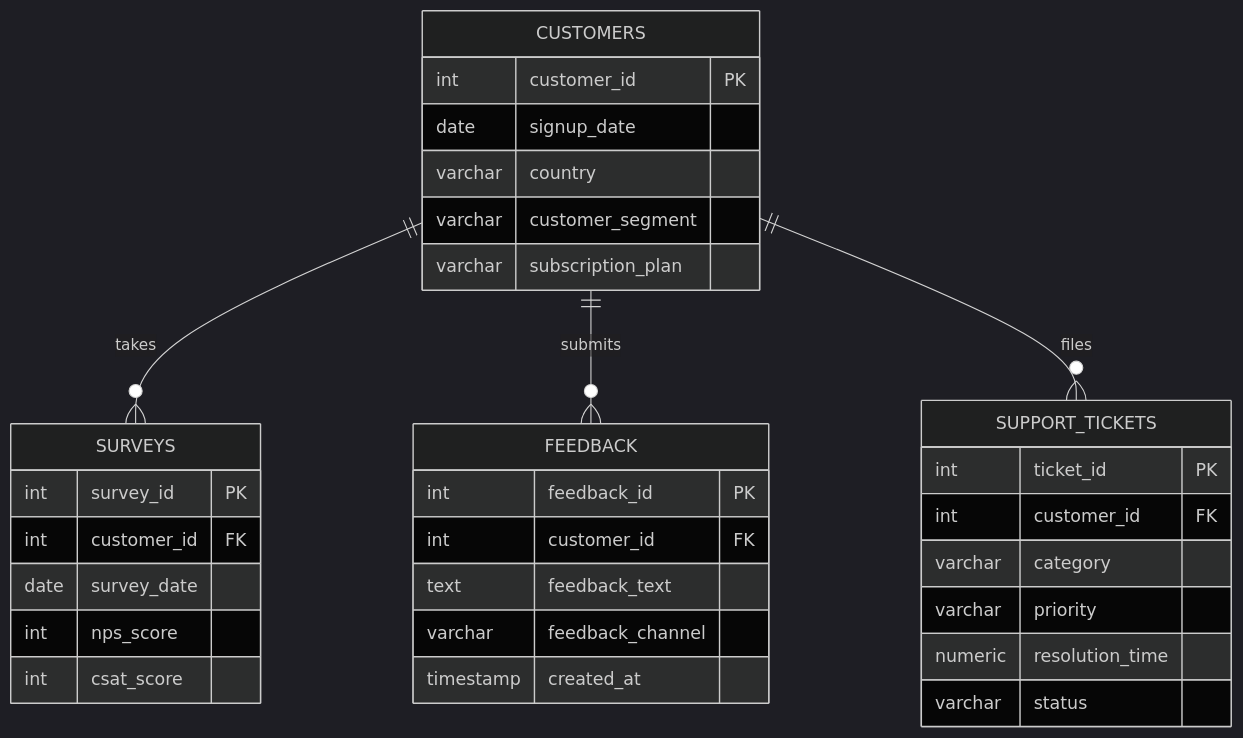
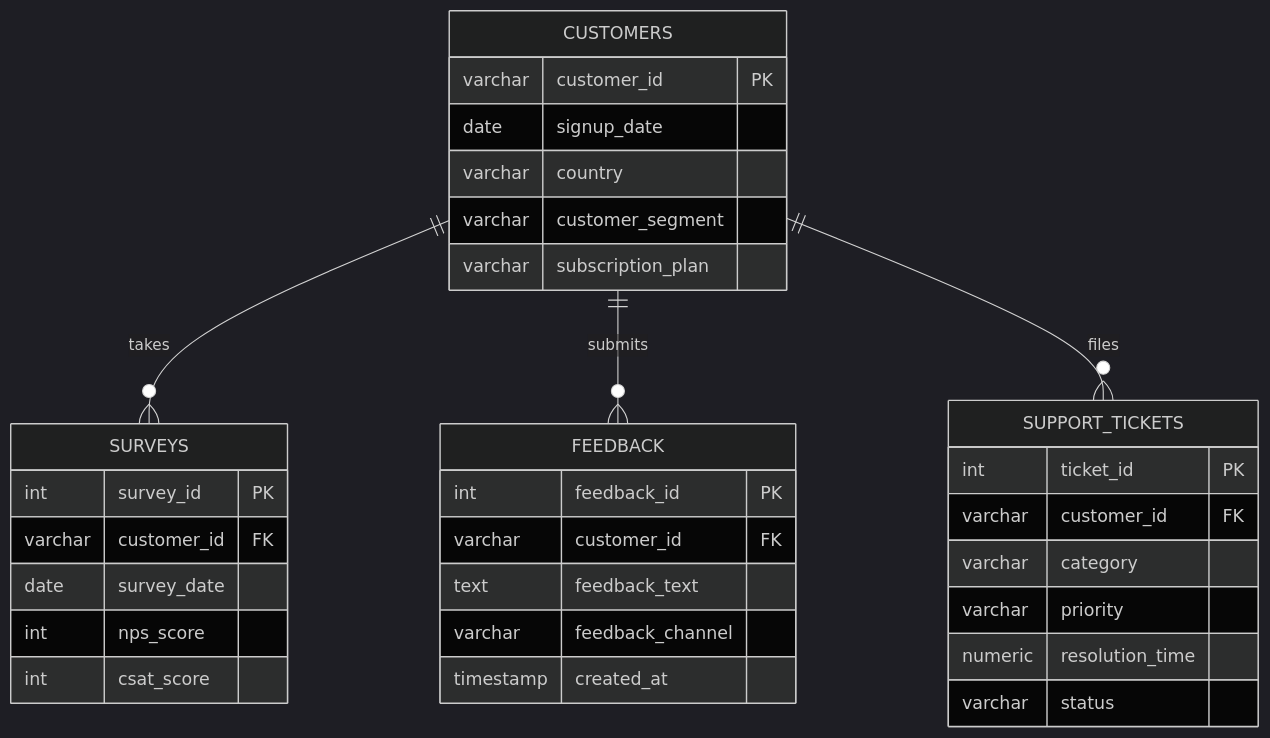
The first of 2 diagrams in docs/architecture.md (Quantique-Realm/VoiceIQ), drawn with Mermaid (dark theme) before and after one commit. The commit also changed other lines of this file and 12 other files, not shown here.

````diff
--- a/docs/architecture.md
+++ b/docs/architecture.md
@@ -59,36 +55,36 @@
 ```mermaid
 erDiagram
     CUSTOMERS ||--o{ SURVEYS : takes
     CUSTOMERS ||--o{ FEEDBACK : submits
     CUSTOMERS ||--o{ SUPPORT_TICKETS : files
 
     CUSTOMERS {
-        int customer_id PK
+        varchar customer_id PK
         date signup_date
         varchar country
         varchar customer_segment
         varchar subscription_plan
     }
     SURVEYS {
         int survey_id PK
-        int customer_id FK
+        varchar customer_id FK
         date survey_date
         int nps_score
         int csat_score
     }
     FEEDBACK {
         int feedback_id PK
-        int customer_id FK
+        varchar customer_id FK
         text feedback_text
         varchar feedback_channel
         timestamp created_at
     }
     SUPPORT_TICKETS {
         int ticket_id PK
-        int customer_id FK
+        varchar customer_id FK
         varchar category
         varchar priority
         numeric resolution_time
         varchar status
     }
 ```
````
